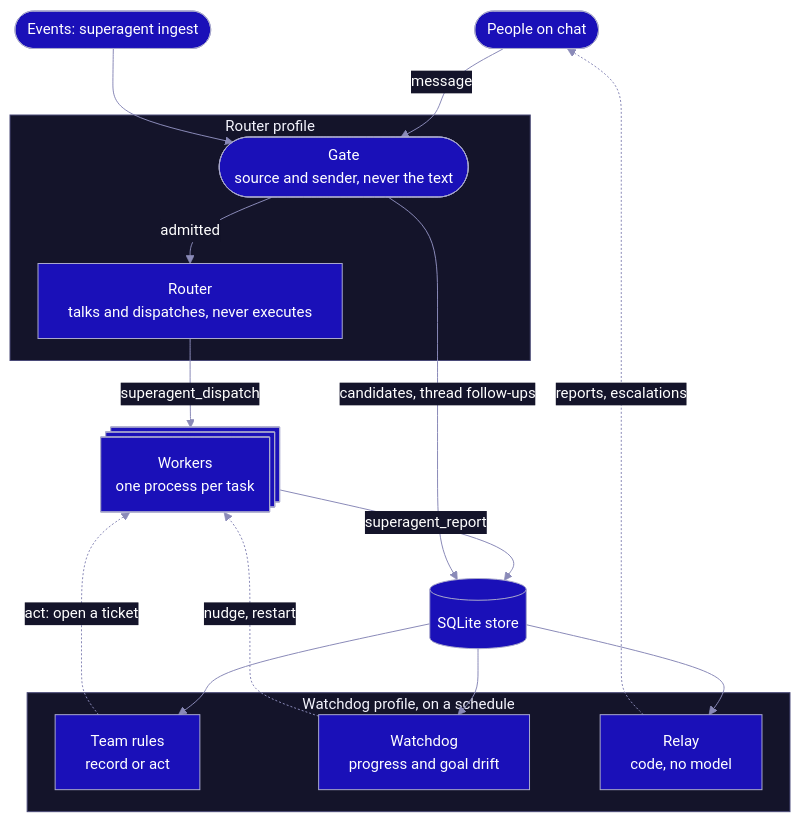
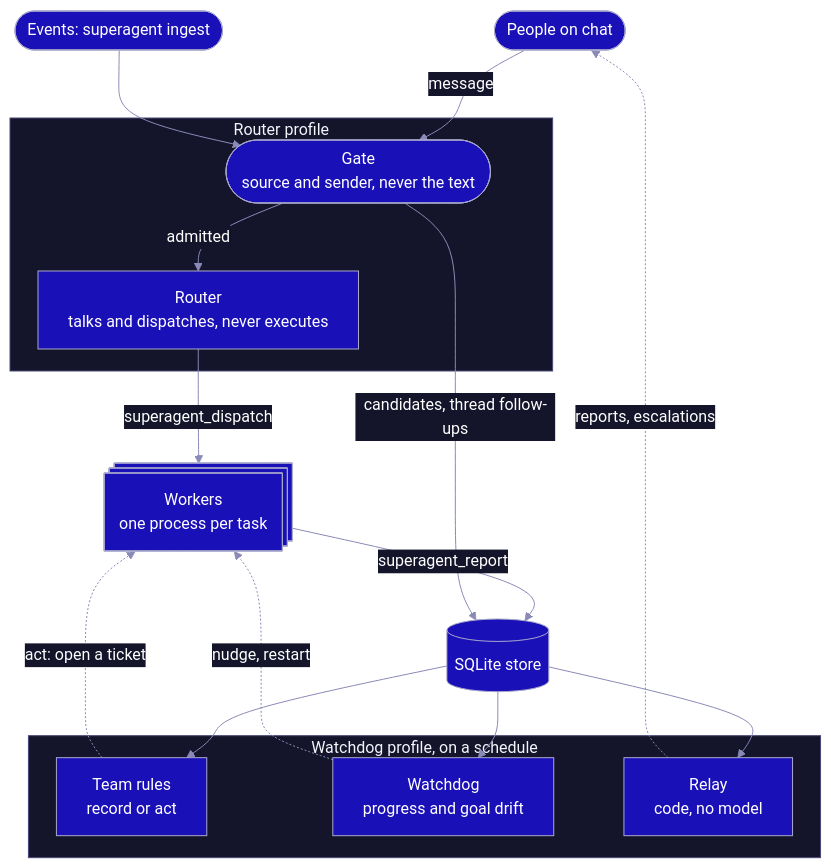
The first of 3 diagrams in README.md (AirKyzzZ/hermes-superagent), drawn with Mermaid before and after one commit. The commit also changed other lines of this file, not shown here.

Commit message:
docs: fix diagram label clipping and control overlap on github

````diff
--- a/README.md
+++ b/README.md
@@ -49,33 +49,33 @@
 ```mermaid
-%%{init: {"theme":"base","layout":"dagre","flowchart":{"wrappingWidth":420,"nodeSpacing":36,"rankSpacing":44},"themeVariables":{"fontFamily":"Inter, system-ui, sans-serif","fontSize":"15px","primaryColor":"#1a10b8","primaryTextColor":"#ffffff","primaryBorderColor":"#a9a9cc","lineColor":"#8a8ab8","textColor":"#ffffff","clusterBkg":"#14142a","clusterBorder":"#4a4a78","titleColor":"#f4f4fd","edgeLabelBackground":"#14142a"}}}%%
+%%{init: {"theme":"base","layout":"dagre","flowchart":{"wrappingWidth":420,"nodeSpacing":36,"rankSpacing":44},"themeVariables":{"primaryColor":"#1a10b8","primaryTextColor":"#ffffff","primaryBorderColor":"#a9a9cc","lineColor":"#8a8ab8","textColor":"#ffffff","clusterBkg":"#14142a","clusterBorder":"#4a4a78","titleColor":"#f4f4fd","edgeLabelBackground":"#14142a"}}}%%
 flowchart TB
     people(["People on chat"])
     events(["Events: superagent ingest"])
 
     subgraph routerProfile["Router profile"]
         gate(["Gate<br/>source and sender, never the text"])
         router["Router<br/>talks and dispatches, never executes"]
     end
 
     workers@{ shape: procs, label: "Workers<br/>one process per task" }
     store[("SQLite store")]
 
     subgraph watchdogProfile["Watchdog profile, on a schedule"]
         rules["Team rules<br/>record or act"]
         watchdog["Watchdog<br/>progress and goal drift"]
         relay["Relay<br/>code, no model"]
     end
 
     people -->|message| gate
     events --> gate
     gate -->|admitted| router
     router -->|superagent_dispatch| workers
     workers -->|superagent_report| store
     gate -->|"candidates, thread follow-ups"| store
     store --> rules
     store --> watchdog
     store --> relay
     rules -.->|"act: open a ticket"| workers
     watchdog -.->|"nudge, restart"| workers
     relay -.->|"reports, escalations"| people
 ```
````
